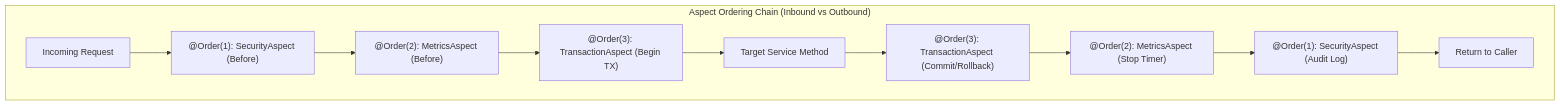
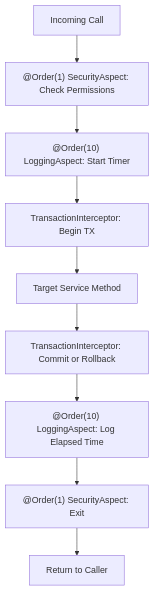
Before and after one commit to ravishankar2463/java_hub: the fourth of 4 diagrams in content/roadmap/level-8/aspect-oriented-programming-aop.md, drawn with Mermaid. The commit also changed other lines of this file and 119 other files, not shown here.

Commit message:
feat: add comprehensive java learning roadmap content across multiple levels

````diff
--- a/content/roadmap/level-8/aspect-oriented-programming-aop.md
+++ b/content/roadmap/level-8/aspect-oriented-programming-aop.md
@@ -296,15 +352,11 @@
 ```mermaid
 flowchart TD
-    subgraph "Aspect Ordering Chain (Inbound vs Outbound)"
-        In["Incoming Request"] --> A1["@Order(1): SecurityAspect (Before)"]
-        A1 --> A2["@Order(2): MetricsAspect (Before)"]
-        A2 --> A3["@Order(3): TransactionAspect (Begin TX)"]
-        
-        A3 --> Target["Target Service Method"]
-        
-        Target --> A3Out["@Order(3): TransactionAspect (Commit/Rollback)"]
-        A3Out --> A2Out["@Order(2): MetricsAspect (Stop Timer)"]
-        A2Out --> A1Out["@Order(1): SecurityAspect (Audit Log)"]
-        A1Out --> Ret["Return to Caller"]
-    end
+    In["Incoming Call"] --> SecIn["@Order(1) SecurityAspect: Check Permissions"]
+    SecIn --> LogIn["@Order(10) LoggingAspect: Start Timer"]
+    LogIn --> TxIn["TransactionInterceptor: Begin TX"]
+    TxIn --> Target["Target Service Method"]
+    Target --> TxOut["TransactionInterceptor: Commit or Rollback"]
+    TxOut --> LogOut["@Order(10) LoggingAspect: Log Elapsed Time"]
+    LogOut --> SecOut["@Order(1) SecurityAspect: Exit"]
+    SecOut --> Ret["Return to Caller"]
 ```
````
